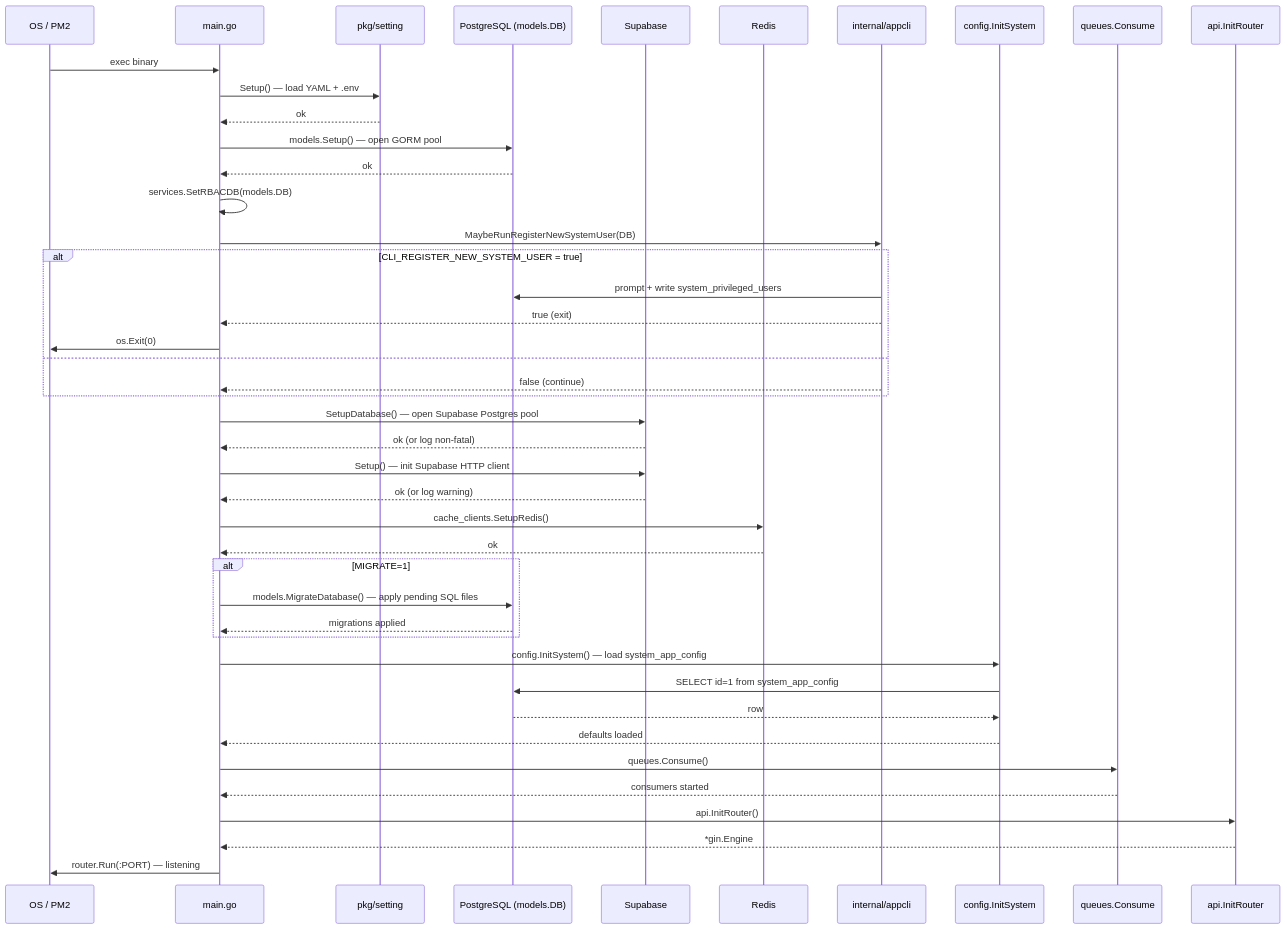
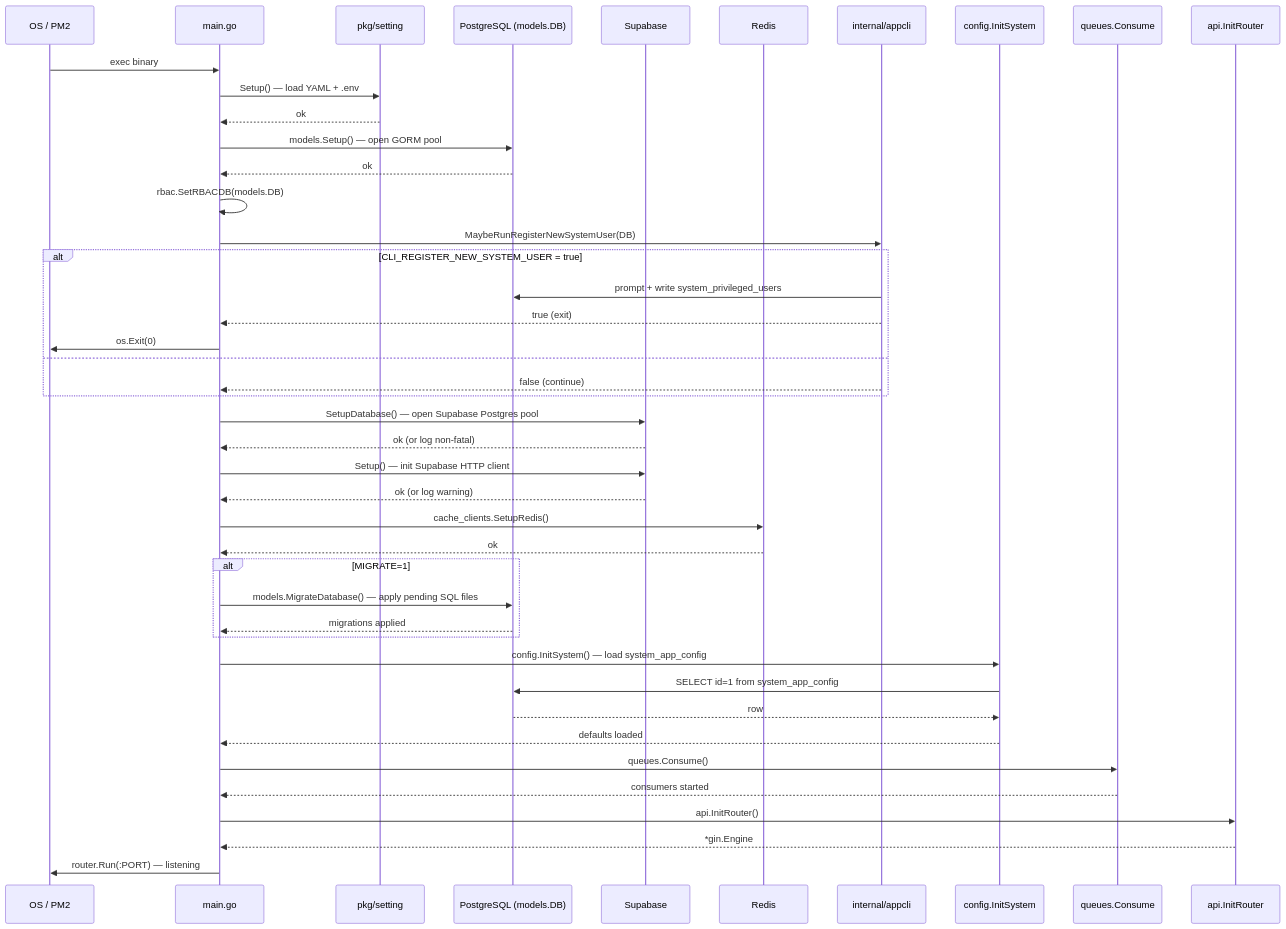
Before and after one commit to lkienkle11/be-mycourse: the first of 23 diagrams in docs/sequence_diagrams.md, drawn with Mermaid. The commit also changed other lines of this file and 19 other files, not shown here.

Commit message:
docs: align architecture and module docs with package refactor

````diff
--- a/docs/sequence_diagrams.md
+++ b/docs/sequence_diagrams.md
@@ -52,55 +52,55 @@
 ```mermaid
 sequenceDiagram
     participant OS as OS / PM2
     participant Main as main.go
     participant Setting as pkg/setting
     participant DB as PostgreSQL (models.DB)
     participant Supa as Supabase
     participant Redis as Redis
     participant CLI as internal/appcli
     participant Config as config.InitSystem
     participant Queue as queues.Consume
     participant Router as api.InitRouter
 
     OS->>Main: exec binary
     Main->>Setting: Setup() — load YAML + .env
     Setting-->>Main: ok
 
     Main->>DB: models.Setup() — open GORM pool
     DB-->>Main: ok
-    Main->>Main: services.SetRBACDB(models.DB)
+    Main->>Main: rbac.SetRBACDB(models.DB)
 
     Main->>CLI: MaybeRunRegisterNewSystemUser(DB)
     alt CLI_REGISTER_NEW_SYSTEM_USER = true
         CLI->>DB: prompt + write system_privileged_users
         CLI-->>Main: true (exit)
         Main->>OS: os.Exit(0)
     else
         CLI-->>Main: false (continue)
     end
 
     Main->>Supa: SetupDatabase() — open Supabase Postgres pool
     Supa-->>Main: ok (or log non-fatal)
     Main->>Supa: Setup() — init Supabase HTTP client
     Supa-->>Main: ok (or log warning)
 
     Main->>Redis: cache_clients.SetupRedis()
     Redis-->>Main: ok
 
     alt MIGRATE=1
         Main->>DB: models.MigrateDatabase() — apply pending SQL files
         DB-->>Main: migrations applied
     end
 
     Main->>Config: config.InitSystem() — load system_app_config
     Config->>DB: SELECT id=1 from system_app_config
     DB-->>Config: row
     Config-->>Main: defaults loaded
 
     Main->>Queue: queues.Consume()
     Queue-->>Main: consumers started
 
     Main->>Router: api.InitRouter()
     Router-->>Main: *gin.Engine
     Main->>OS: router.Run(:PORT) — listening
 ```
````
